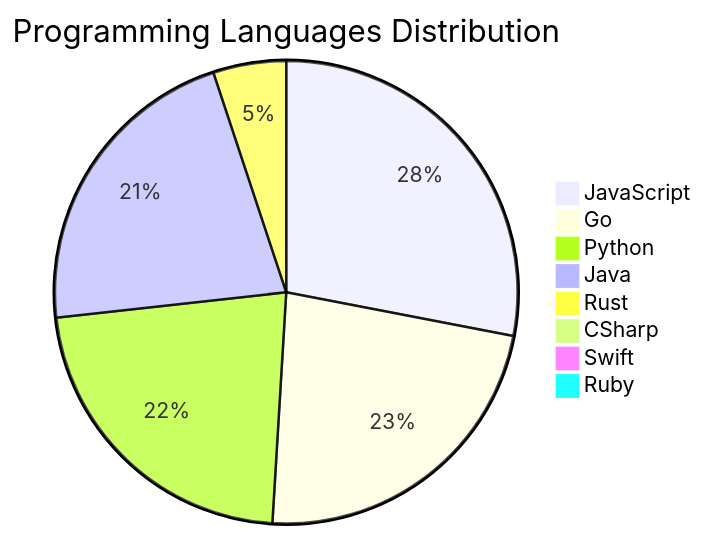
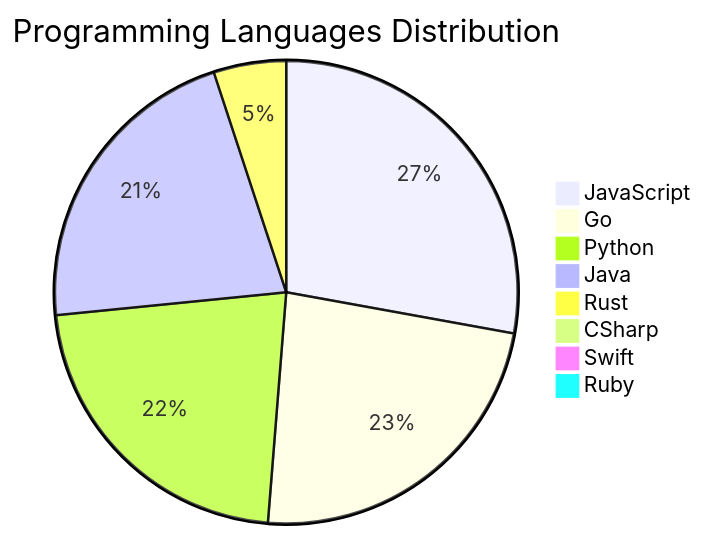
The diagram in README.md (Derrick-MUGISHA/github-activity-bot), drawn with Mermaid before and after one commit. The commit also changed other lines of this file and 4 other files, not shown here.

````diff
--- a/README.md
+++ b/README.md
@@ -209,11 +209,11 @@
 ```mermaid
 pie title Programming Languages Distribution
     "JavaScript" : 44
-    "Go" : 36
+    "Go" : 37
     "Python" : 35
     "Java" : 34
     "Rust" : 8
     "CSharp" : 1
     "Swift" : 1
     "Ruby" : 1
 ```
````
